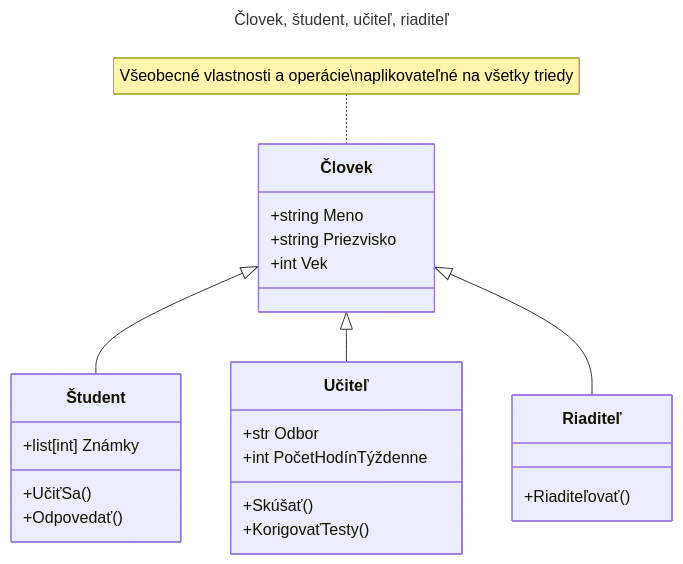
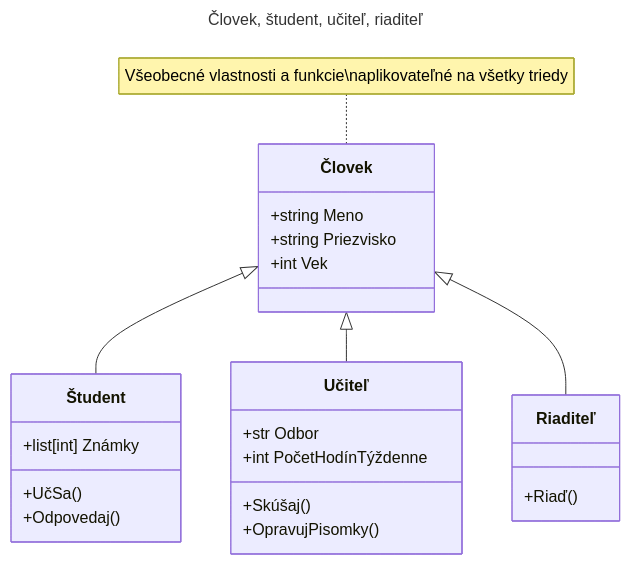
Before and after one commit to SpsKnSK/api: the third of 6 diagrams in Lessons_sk/14_inheritance_polymorphism_sk.md, drawn with Mermaid. The commit also changed other lines of this file and 1 other file, not shown here.

````diff
--- a/Lessons_sk/14_inheritance_polymorphism_sk.md
+++ b/Lessons_sk/14_inheritance_polymorphism_sk.md
@@ -65,31 +69,31 @@
 ```mermaid
 ---
 title: Človek, študent, učiteľ, riaditeľ
 ---
 classDiagram
     Človek <|-- Študent
     Človek <|-- Učiteľ
     Človek <|-- Riaditeľ
    
-    note for Človek "Všeobecné vlastnosti a operácie\naplikovateľné na všetky triedy"
+    note for Človek "Všeobecné vlastnosti a funkcie\naplikovateľné na všetky triedy"
     class Človek{
         +string Meno
         +string Priezvisko
         +int Vek
     }
 
     class Študent{
         +list[int] Známky
-        +UčiťSa()
-        +Odpovedať()
+        +UčSa()
+        +Odpovedaj()
     }
     class Učiteľ{
         +str Odbor
         +int PočetHodínTýždenne
-        +Skúšať()
-        +KorigovaťTesty()
+        +Skúšaj()
+        +OpravujPisomky()
     }
     class Riaditeľ{
-        +Riaditeľovať()
+        +Riaď()
     }
 ```
````
